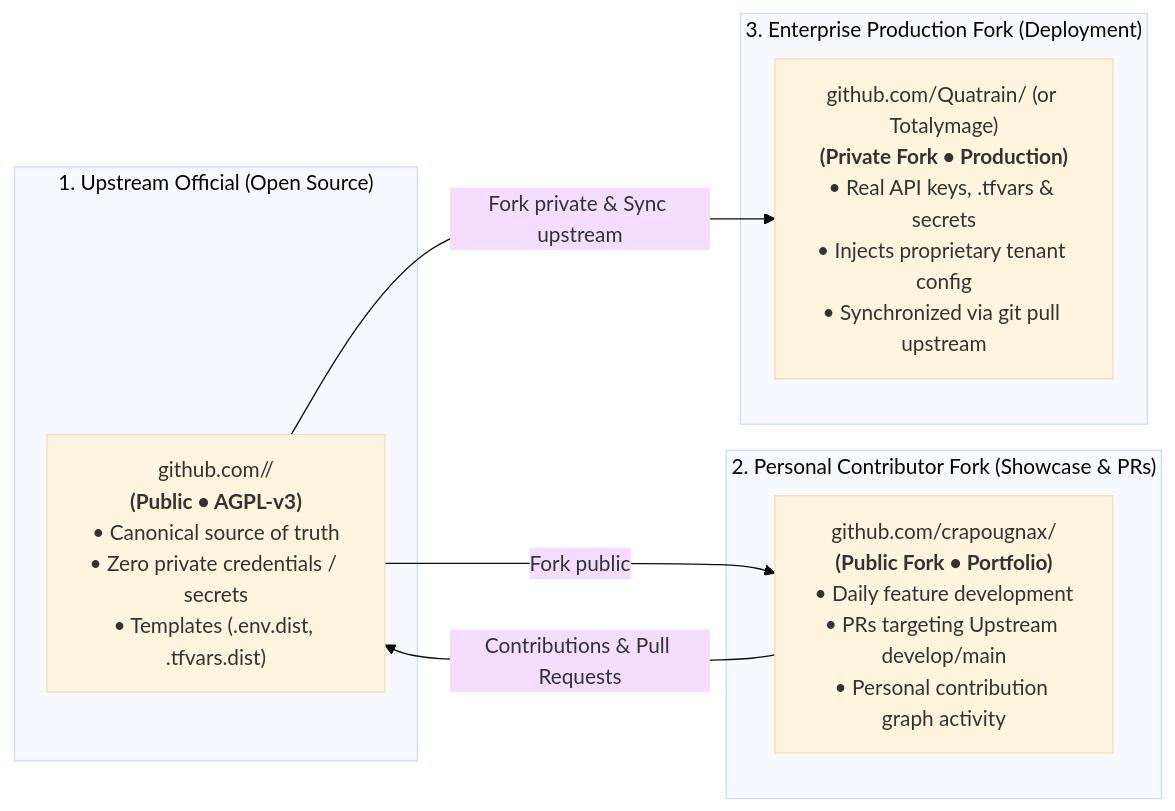
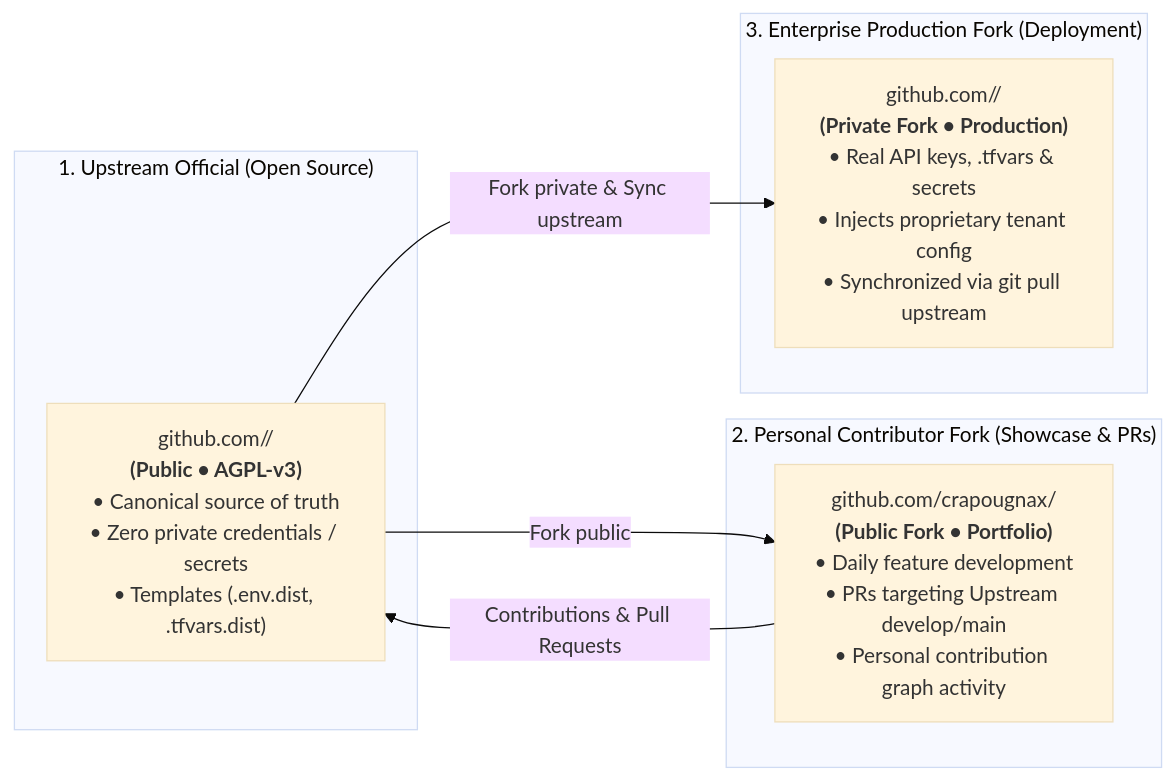
The diagram in content/workflow/three-tier-forking-model.md (crapougnax/AGENTS.okf), drawn with Mermaid (base theme) before and after one commit. The commit also changed other lines of this file and 8 other files, not shown here.

````diff
--- a/content/workflow/three-tier-forking-model.md
+++ b/content/workflow/three-tier-forking-model.md
@@ -20,18 +20,18 @@
 ```mermaid
 flowchart LR
     subgraph "1. Upstream Official (Open Source)"
         Upstream["github.com/<org>/<repo><br><b>(Public • AGPL-v3)</b><br>• Canonical source of truth<br>• Zero private credentials / secrets<br>• Templates (.env.dist, .tfvars.dist)"]
     end
 
     subgraph "2. Personal Contributor Fork (Showcase & PRs)"
         Personal["github.com/crapougnax/<repo><br><b>(Public Fork • Portfolio)</b><br>• Daily feature development<br>• PRs targeting Upstream develop/main<br>• Personal contribution graph activity"]
     end
 
     subgraph "3. Enterprise Production Fork (Deployment)"
-        Enterprise["github.com/Quatrain/<repo> (or Totalymage)<br><b>(Private Fork • Production)</b><br>• Real API keys, .tfvars & secrets<br>• Injects proprietary tenant config<br>• Synchronized via git pull upstream"]
+        Enterprise["github.com/<org>/<repo><br><b>(Private Fork • Production)</b><br>• Real API keys, .tfvars & secrets<br>• Injects proprietary tenant config<br>• Synchronized via git pull upstream"]
     end
 
     Upstream -->|Fork public| Personal
     Personal -->|Contributions & Pull Requests| Upstream
     Upstream -->|Fork private & Sync upstream| Enterprise
 ```
````
